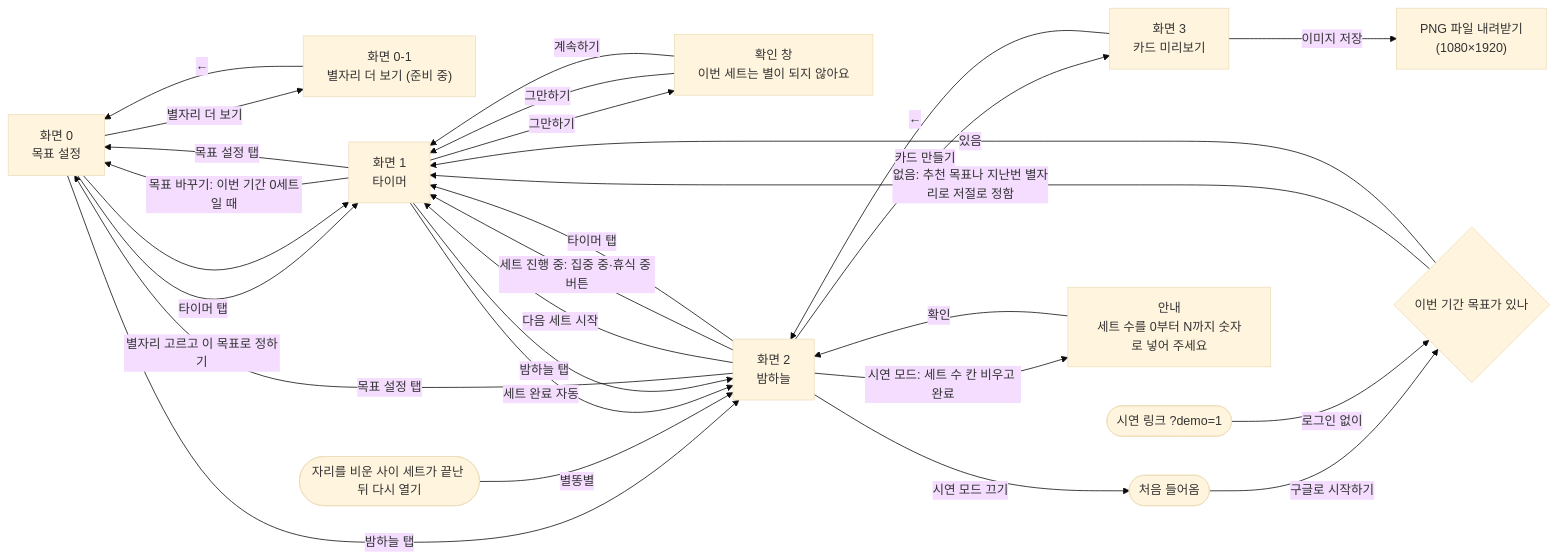
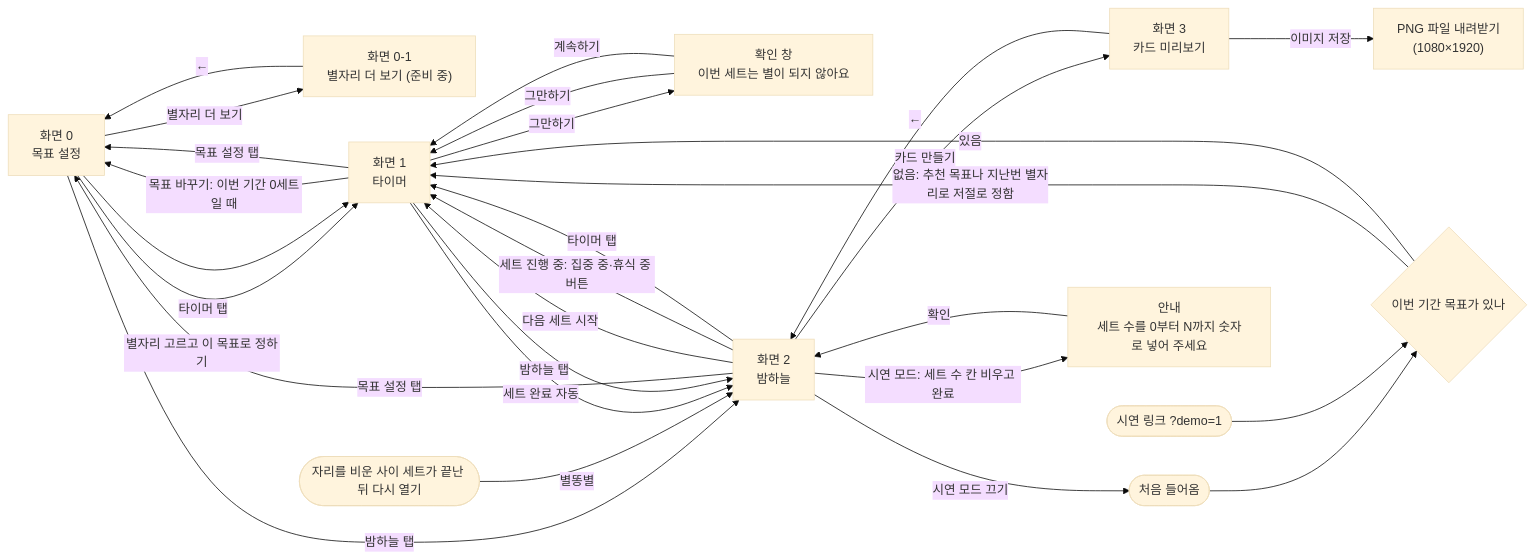
Before and after one commit to gachibom-sketch/b_timer: the first of 2 diagrams in PRD.md, drawn with Mermaid (base theme). The commit also changed other lines of this file, not shown here.

````diff
--- a/PRD.md
+++ b/PRD.md
@@ -85,44 +85,44 @@
 ```mermaid
 flowchart LR
     S0["화면 0\n목표 설정"]
     S01["화면 0-1\n별자리 더 보기 (준비 중)"]
     S1["화면 1\n타이머"]
     S1C["확인 창\n이번 세트는 별이 되지 않아요"]
     S2["화면 2\n밤하늘"]
     S3["화면 3\n카드 미리보기"]
     DL["PNG 파일 내려받기\n(1080×1920)"]
 
     START(["처음 들어옴"])
     DEMO(["시연 링크 ?demo=1"])
     GOAL{"이번 기간 목표가 있나"}
     S2E["안내\n세트 수를 0부터 N까지 숫자로 넣어 주세요"]
     BACK(["자리를 비운 사이 세트가 끝난 뒤 다시 열기"])
 
-    START -->|구글로 시작하기| GOAL
-    DEMO -->|로그인 없이| GOAL
+    START --> GOAL
+    DEMO --> GOAL
     GOAL -->|없음: 추천 목표나 지난번 별자리로 저절로 정함| S1
     GOAL -->|있음| S1
     S0 -->|별자리 고르고 이 목표로 정하기| S1
     S1 -->|목표 바꾸기: 이번 기간 0세트일 때| S0
     S1 -->|목표 설정 탭| S0
     S2 -->|목표 설정 탭| S0
     S0 -->|타이머 탭| S1
     S0 -->|밤하늘 탭| S2
     S0 -->|별자리 더 보기| S01
     S01 -->|←| S0
     BACK -->|별똥별| S2
     S1 -->|세트 완료 자동| S2
     S1 -->|밤하늘 탭| S2
     S1 -->|그만하기| S1C
     S1C -->|그만하기| S1
     S1C -->|계속하기| S1
     S2 -->|다음 세트 시작| S1
     S2 -->|세트 진행 중: 집중 중·휴식 중 버튼| S1
     S2 -->|타이머 탭| S1
     S2 -->|카드 만들기| S3
     S3 -->|←| S2
     S3 -->|이미지 저장| DL
     S2 -->|시연 모드: 세트 수 칸 비우고 완료| S2E
     S2E -->|확인| S2
     S2 -->|시연 모드 끄기| START
 ```
````
